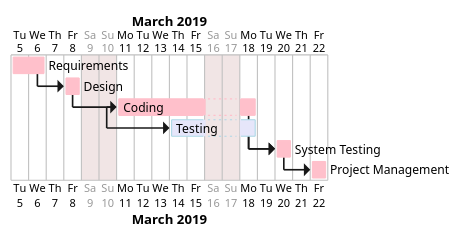
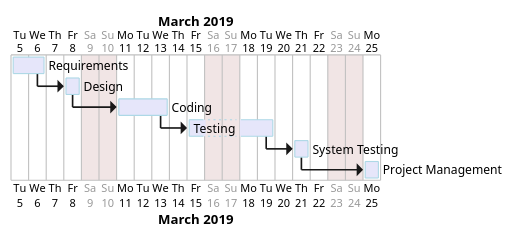
One commit to salvatore-dimartino/LaTazza changed the diagram in templates/templates_EstimationTemplate.md. Above: the diagram before and after it, drawn with PlantUML.

````diff
--- a/templates/templates_EstimationTemplate.md
+++ b/templates/templates_EstimationTemplate.md
@@ -62,14 +62,14 @@
 ```plantuml
 @startgantt
 project starts the 2019/03/5
 sunday are closed
 saturday are closed
-[Requirements] lasts 2 days and is colored in Pink
-[Design] lasts 1 days and starts 1 days after [Requirements]'s end and is colored in Pink
-[Coding] lasts 6 days and starts 1 days after [Design]'s end and is colored in Pink
-[Testing] lasts 3 days and starts 3 days after [Coding]'s start and is colored in Lavender/LightBlue
-[System Testing] lasts 1 days and starts 1 days after [Coding]'s end and is colored in Pink
-[Project Management] lasts 1 days and starts 1 days after [System Testing]'s end and is colored in Pink
-[System Testing] starts 1 days after [Testing]'s end and is colored in Pink
+[Requirements] lasts 2 days and is colored in Lavender/LightBlue
+[Design] lasts 1 days and starts 1 days after [Requirements]'s end and is colored in Lavender/LightBlue
+[Coding] lasts 3 days and starts 1 days after [Design]'s end and is colored in Lavender/LightBlue
+[Testing] lasts 3 days and starts 1 days after [Coding]'s end and is colored in Lavender/LightBlue
+[System Testing] lasts 1 days and starts 1 days after [Testing]'s end and is colored in Lavender/LightBlue
+[Project Management] lasts 1 days and starts 1 days after [System Testing]'s end and is colored in Lavender/LightBlue
+
 @endgantt
 ```
````
